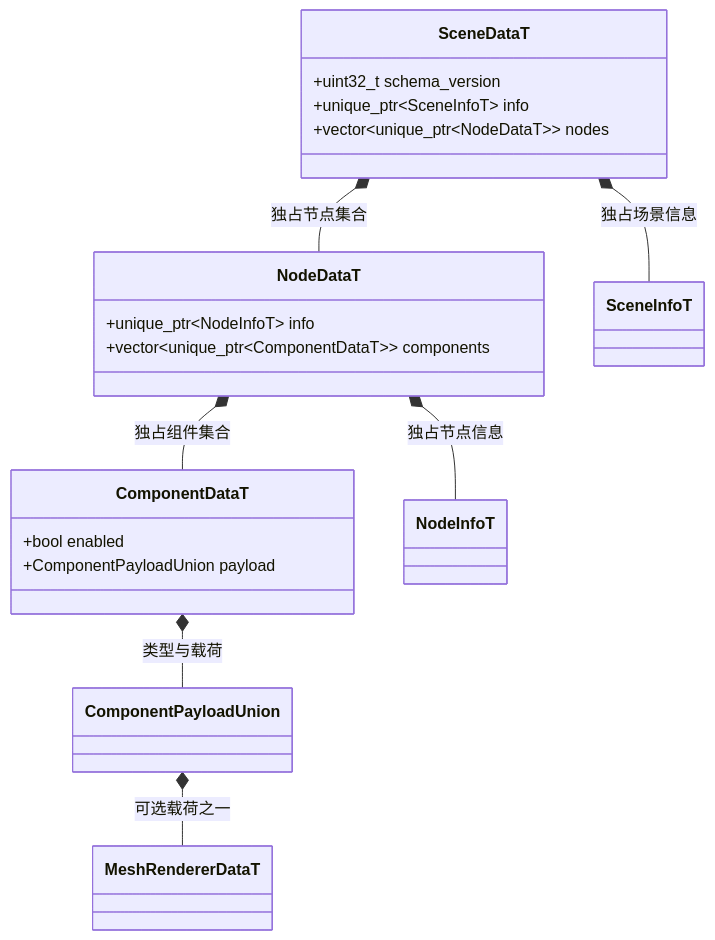
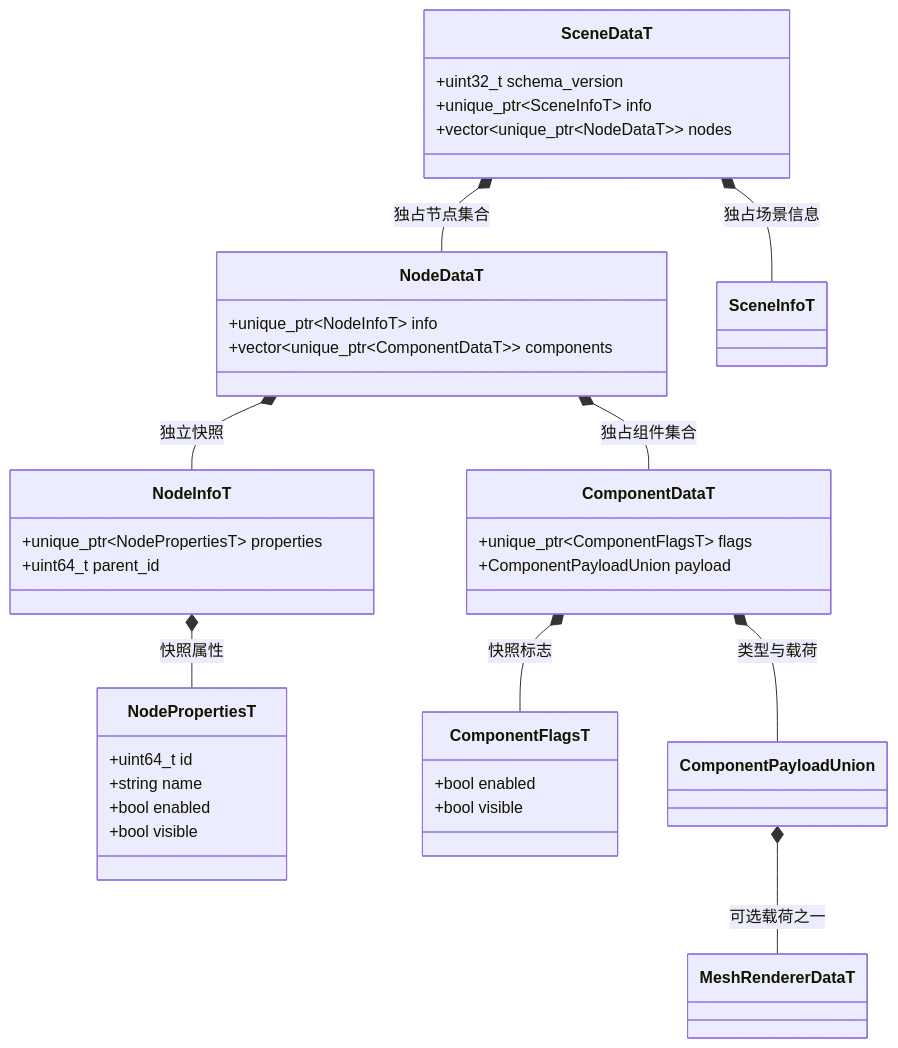
Before and after one commit to lcals/Engine: the first of 7 diagrams in docs/runtime/class-diagrams/scene-data.md, drawn with Mermaid. The commit also changed other lines of this file and 291 other files, not shown here.

````diff
--- a/docs/runtime/class-diagrams/scene-data.md
+++ b/docs/runtime/class-diagrams/scene-data.md
@@ -9,27 +9,42 @@
 ```mermaid
 classDiagram
     direction TB
     class SceneDataT {
         +uint32_t schema_version
         +unique_ptr~SceneInfoT~ info
         +vector~unique_ptr~NodeDataT~~ nodes
     }
     class NodeDataT {
         +unique_ptr~NodeInfoT~ info
         +vector~unique_ptr~ComponentDataT~~ components
     }
     class ComponentDataT {
-        +bool enabled
+        +unique_ptr~ComponentFlagsT~ flags
         +ComponentPayloadUnion payload
     }
     class SceneInfoT
-    class NodeInfoT
+    class NodeInfoT {
+        +unique_ptr~NodePropertiesT~ properties
+        +uint64_t parent_id
+    }
+    class NodePropertiesT {
+        +uint64_t id
+        +string name
+        +bool enabled
+        +bool visible
+    }
+    class ComponentFlagsT {
+        +bool enabled
+        +bool visible
+    }
     class ComponentPayloadUnion
     class MeshRendererDataT
     SceneDataT *-- SceneInfoT : 独占场景信息
     SceneDataT *-- NodeDataT : 独占节点集合
-    NodeDataT *-- NodeInfoT : 独占节点信息
+    NodeDataT *-- NodeInfoT : 独立快照
+    NodeInfoT *-- NodePropertiesT : 快照属性
+    ComponentDataT *-- ComponentFlagsT : 快照标志
     NodeDataT *-- ComponentDataT : 独占组件集合
     ComponentDataT *-- ComponentPayloadUnion : 类型与载荷
     ComponentPayloadUnion *-- MeshRendererDataT : 可选载荷之一
 ```
````
